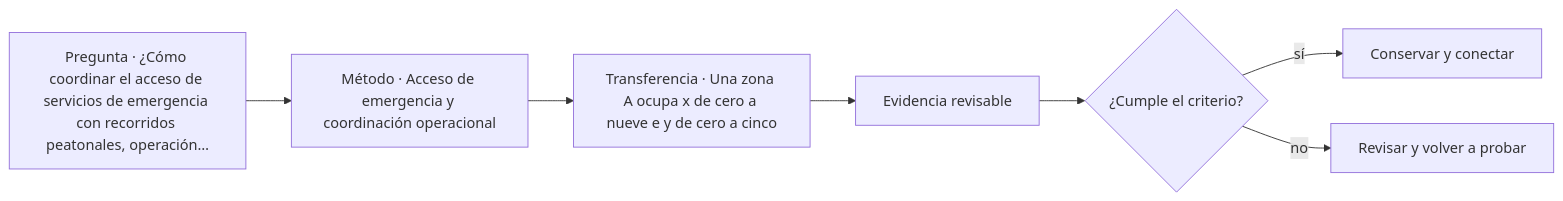
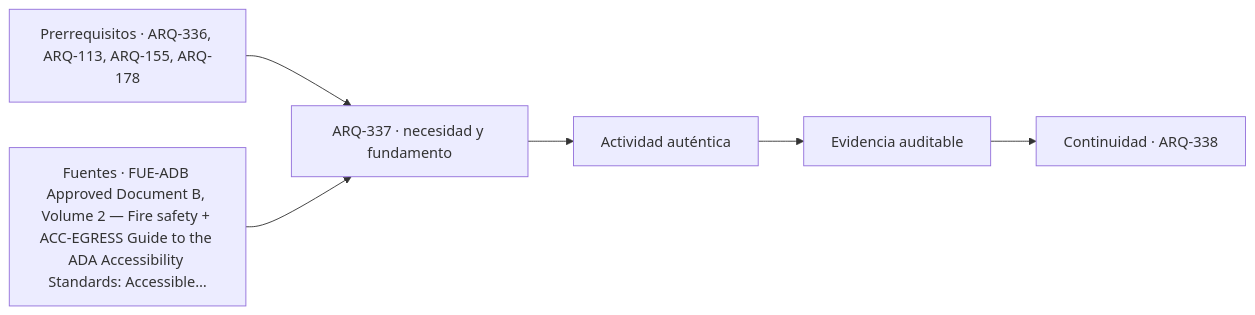
One commit to vladimiracunadev-create/architecture-built-environment-learning-program changed the diagram in classes/parte-34/ARQ-337.md. Above: the diagram before and after it, drawn with Mermaid. The commit also changed other lines of this file and 761 other files, not shown here.

````diff
--- a/classes/parte-34/ARQ-337.md
+++ b/classes/parte-34/ARQ-337.md
@@ -117,9 +129,8 @@
 ```mermaid
 flowchart LR
-    Q["Pregunta · ¿Cómo coordinar el acceso de servicios de emergencia con recorridos peatonales, operación…"] --> M["Método · Acceso de emergencia y coordinación operacional"]
-    M --> P["Transferencia · Una zona A ocupa x de cero a nueve e y de cero a cinco"]
-    P --> E["Evidencia revisable"]
-    E --> C{"¿Cumple el criterio?"}
-    C -->|sí| T["Conservar y conectar"]
-    C -->|no| R["Revisar y volver a probar"]
+    A["Prerrequisitos · ARQ-336, ARQ-113, ARQ-155, ARQ-178"] --> B["ARQ-337 · necesidad y fundamento"]
+    S["Fuentes · FUE-ADB Approved Document B, Volume 2 — Fire safety + ACC-EGRESS Guide to the ADA Accessibility Standards: Accessible…"] --> B
+    B --> C["Actividad auténtica"]
+    C --> D["Evidencia auditable"]
+    D --> E["Continuidad · ARQ-338"]
 ```
````
